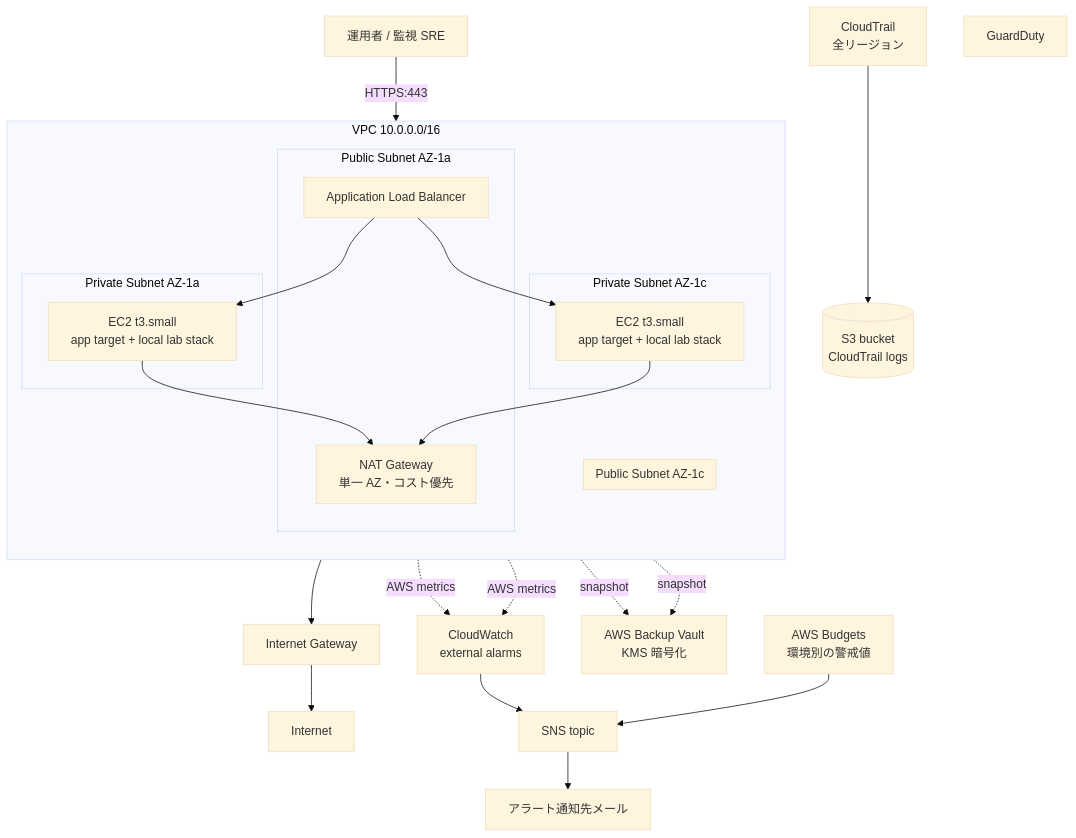
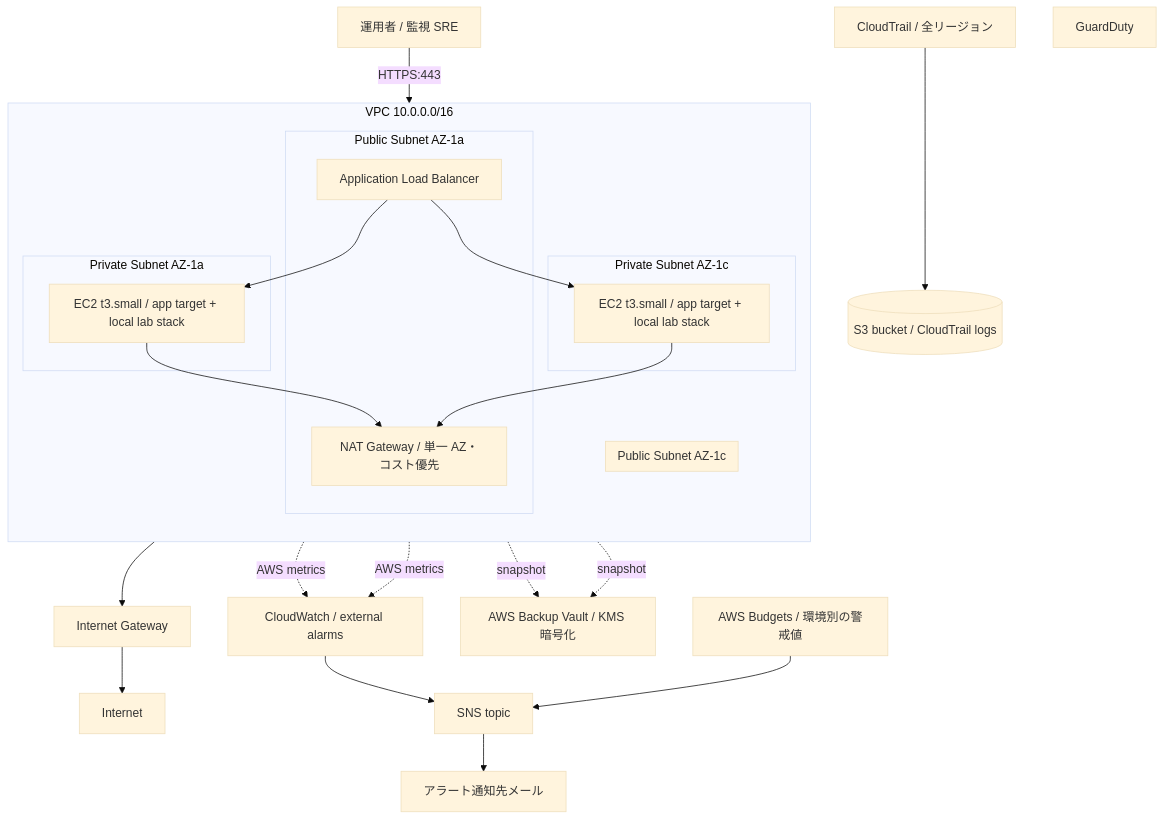
The diagram in docs/aws-architecture.md (ns7jp/server), drawn with Mermaid (base theme) before and after one commit. The commit also changed 8 other files, not shown here.

Commit message:
Fix Mermaid diagrams on GitHub

````diff
--- a/docs/aws-architecture.md
+++ b/docs/aws-architecture.md
@@ -19,50 +19,42 @@
 ```mermaid
 flowchart TB
     User[運用者 / 監視 SRE] -->|HTTPS:443| ALB[Application Load Balancer]
 
     subgraph VPC[VPC 10.0.0.0/16]
         direction TB
         subgraph Public_a[Public Subnet AZ-1a]
             ALB
-            NAT["`NAT Gateway
-            単一 AZ・コスト優先`"]
+            NAT["NAT Gateway / 単一 AZ・コスト優先"]
         end
         subgraph Public_c[Public Subnet AZ-1c]
         end
         subgraph Private_a[Private Subnet AZ-1a]
-            EC2_a["`EC2 t3.small
-            app target + local lab stack`"]
+            EC2_a["EC2 t3.small / app target + local lab stack"]
         end
         subgraph Private_c[Private Subnet AZ-1c]
-            EC2_c["`EC2 t3.small
-            app target + local lab stack`"]
+            EC2_c["EC2 t3.small / app target + local lab stack"]
         end
 
         ALB --> EC2_a
         ALB --> EC2_c
         EC2_a --> NAT
         EC2_c --> NAT
     end
 
     NAT --> IGW[Internet Gateway]
     IGW --> Internet[Internet]
 
-    EC2_a -.AWS metrics.-> CW["`CloudWatch
-    external alarms`"]
+    EC2_a -.AWS metrics.-> CW["CloudWatch / external alarms"]
     EC2_c -.AWS metrics.-> CW
 
     CW --> SNS[SNS topic]
     SNS --> Email[アラート通知先メール]
 
-    EC2_a -.snapshot.-> Backup["`AWS Backup Vault
-    KMS 暗号化`"]
+    EC2_a -.snapshot.-> Backup["AWS Backup Vault / KMS 暗号化"]
     EC2_c -.snapshot.-> Backup
 
-    CT["`CloudTrail
-    全リージョン`"] --> S3CT[("`S3 bucket
-    CloudTrail logs`")]
+    CT["CloudTrail / 全リージョン"] --> S3CT[("S3 bucket / CloudTrail logs")]
     GD[GuardDuty]
 
-    Budgets["`AWS Budgets
-    環境別の警戒値`"] --> SNS
+    Budgets["AWS Budgets / 環境別の警戒値"] --> SNS
 ```
````
